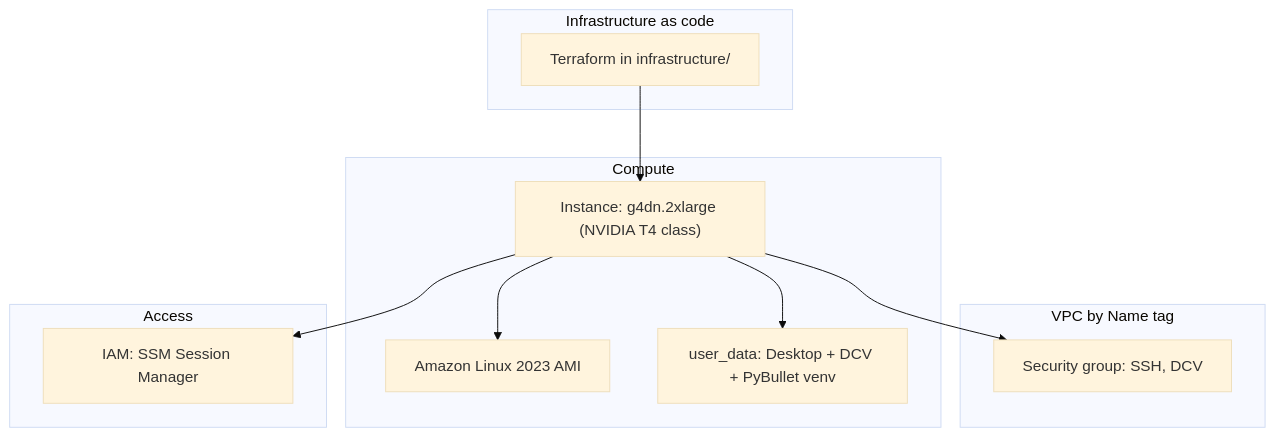
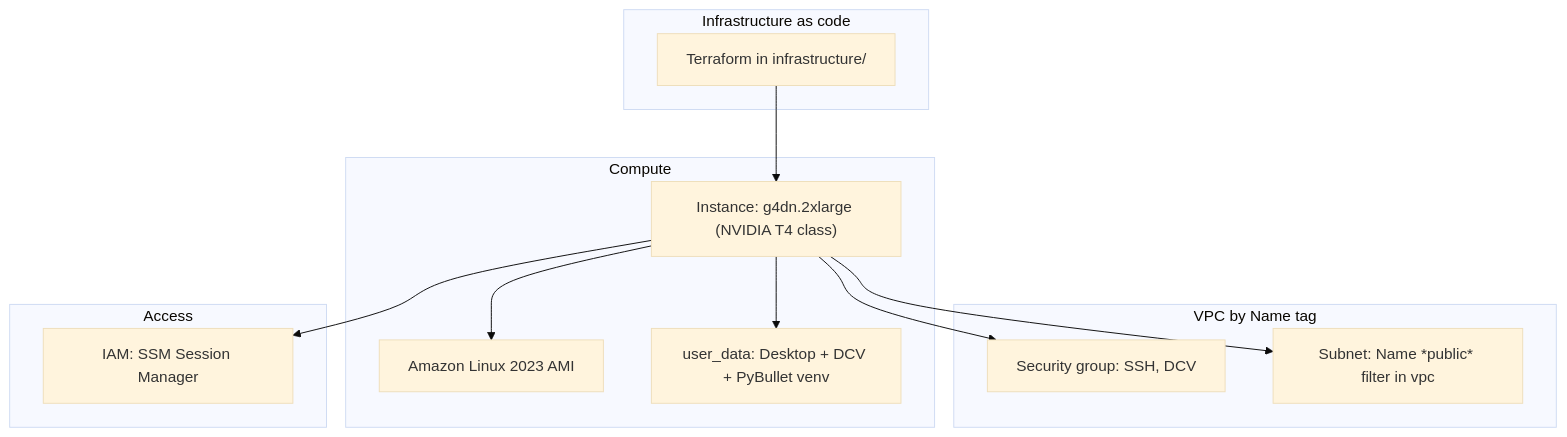
One commit to rubencg195/aws-pybullet-environment changed the second of 2 diagrams in README.md. Above: the diagram before and after it, drawn with Mermaid (base theme). The commit also changed other lines of this file and 8 other files, not shown here.

````diff
--- a/README.md
+++ b/README.md
@@ -24,22 +24,24 @@
 ```mermaid
 flowchart TB
   subgraph iac["Infrastructure as code"]
     TF["Terraform in infrastructure/"]
   end
   subgraph net["VPC by Name tag"]
     SG["Security group: SSH, DCV"]
+    SN["Subnet: Name *public* filter in vpc"]
   end
   subgraph compute["Compute"]
     AL2023["Amazon Linux 2023 AMI"]
     UD["user_data: Desktop + DCV + PyBullet venv"]
     G4["Instance: g4dn.2xlarge (NVIDIA T4 class)"]
   end
   subgraph access["Access"]
     SSM["IAM: SSM Session Manager"]
   end
   TF --> G4
   G4 --> AL2023
   G4 --> SG
+  G4 --> SN
   G4 --> UD
   G4 --> SSM
 ```
````
